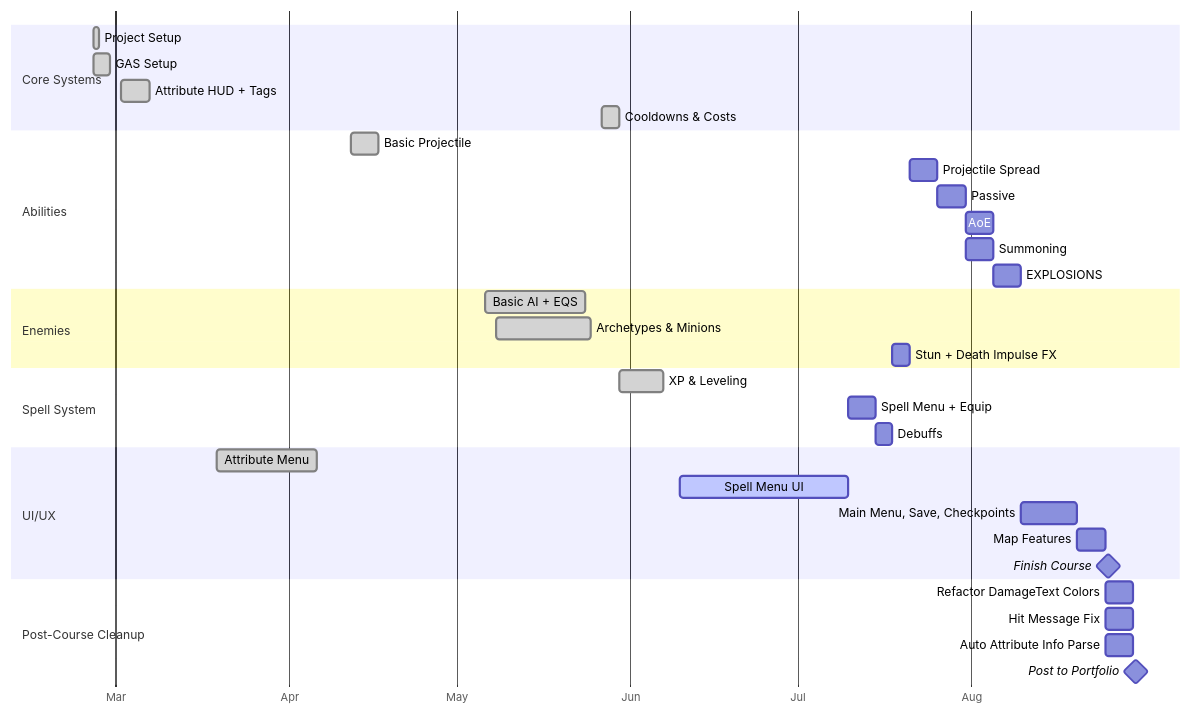
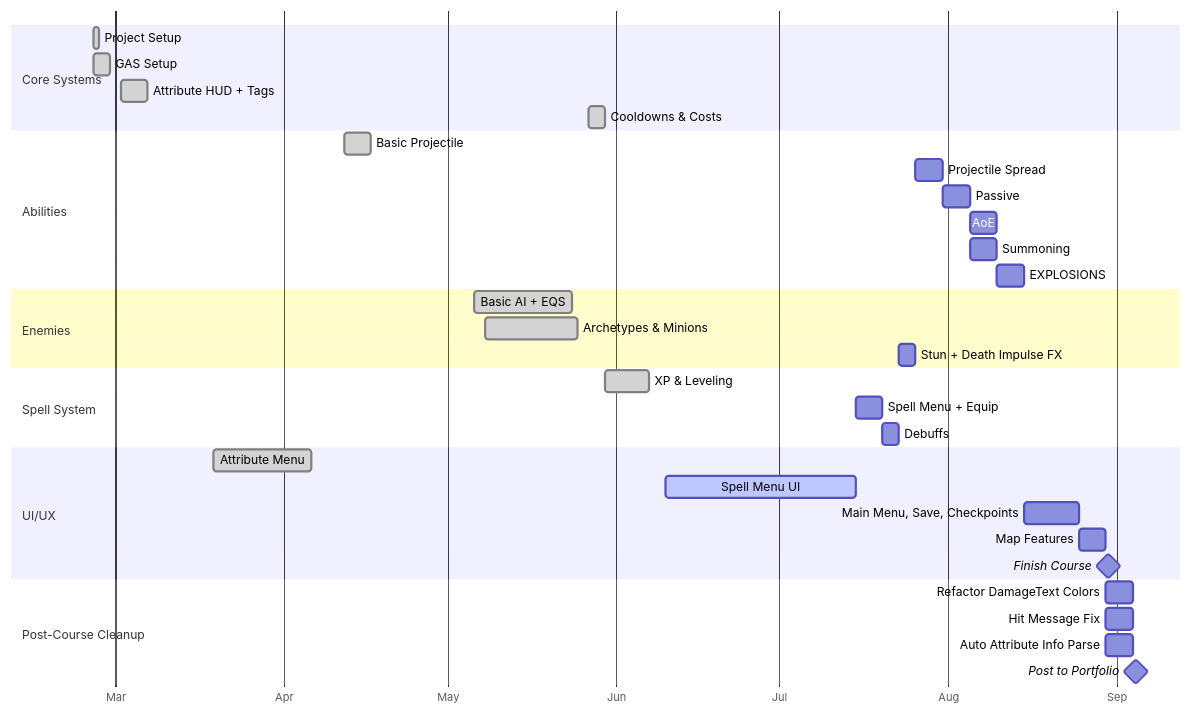
Before and after one commit to ambrosiacvet/quartz-devblog: the diagram in content/June 2025/Aura.md, drawn with Mermaid. The commit also changed 2 other files, not shown here.

Commit message:
Quartz sync: Jul 5, 2025, 4:14 PM

````diff
--- a/content/June 2025/Aura.md
+++ b/content/June 2025/Aura.md
@@ -77,44 +77,44 @@
 ```mermaid
 gantt
     dateFormat  MM-DD-YYYY
     axisFormat  %b
     tickInterval 1month
 
     section Core Systems
 	Project Setup                  :done,     proj,         02-25-2025, 1d
     GAS Setup                      :done,     gas,          02-25-2025, 02-28-2025
     Attribute HUD + Tags           :done,     attributes,   03-02-2025, 03-07-2025
     Cooldowns & Costs              :done,     cooldowns,    05-27-2025, 05-30-2025
 
     section Abilities
     Basic Projectile               :done,     proj,         04-12-2025, 04-17-2025
 	Projectile Spread              :          spread,       after stun, 5d
 	Passive                        :          passives,     after spread, 5d
     AoE                            :          aoe,          after passives, 5d
     Summoning                      :          summon,       after passives, 5d
 	EXPLOSIONS                     :          boom,         after summon, 5d
         
     section Enemies
     Basic AI + EQS                 :done,     ai,           05-06-2025, 05-24-2025
     Archetypes & Minions           :done,     archetypes,   05-08-2025, 05-25-2025
     Stun + Death Impulse FX        :          stun,         after debuffs, 3d
 
     section Spell System
     XP & Leveling                  :done,     spellsys,     05-30-2025, 06-07-2025
     Spell Menu + Equip             :          menu,         after spellui, 5d
     Debuffs                        :          debuffs,      after menu, 3d
 
     section UI/UX
     Attribute Menu                 :done,     uimenu,       03-19-2025, 04-06-2025
-    Spell Menu UI                  :active,   spellui,      06-10-2025, 07-10-2025
+    Spell Menu UI                  :active,   spellui,      06-10-2025, 07-15-2025
     Main Menu, Save, Checkpoints   :          mainui,       after boom, 10d
     Map Features                   :          map,          after mainui, 5d
     Finish Course                  :milestone,fin,          after map, 1d
 
     section Post-Course Cleanup
     Refactor DamageText Colors     :          refactor1,    after map, 5d
     Hit Message Fix                :          refactor2,    after map, 5d
     Auto Attribute Info Parse      :          refactor3,    after map, 5d
     Post to Portfolio              :milestone,post,         after refactor3, 1d
 
 ```
````
